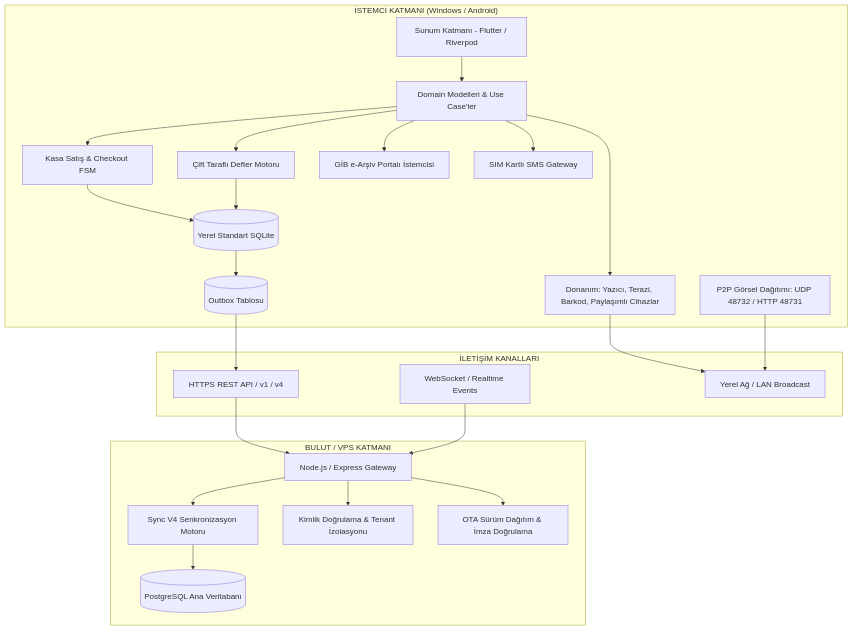
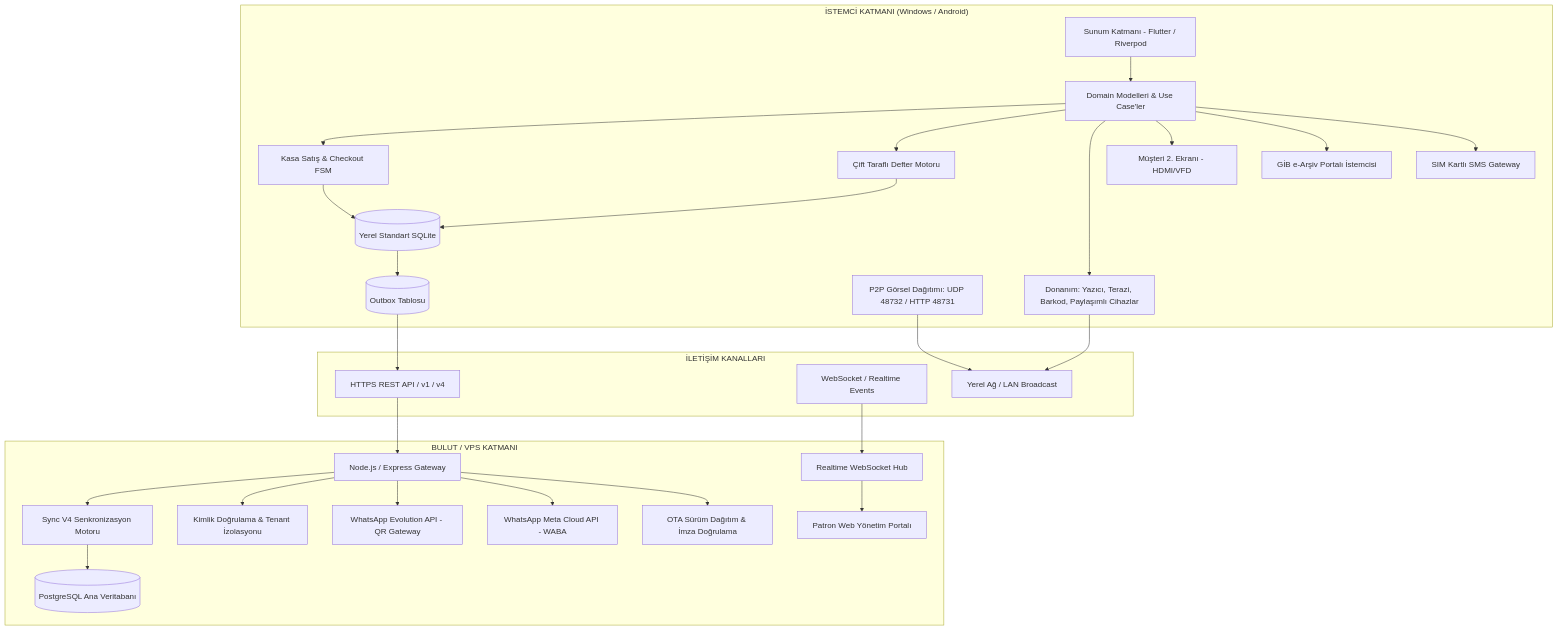
The first of 11 diagrams in docs/SERENUT_OS_MASTER_OPERATING_MANUAL.md (mhmtgwn/serenut), drawn with Mermaid before and after one commit. The commit also changed other lines of this file, not shown here.

Commit message:
docs: release master operating manual v3.0 with complete WhatsApp, Web Portal, Customer Display and 12 troubleshooting runbooks

````diff
--- a/docs/SERENUT_OS_MASTER_OPERATING_MANUAL.md
+++ b/docs/SERENUT_OS_MASTER_OPERATING_MANUAL.md
@@ -32,48 +36,57 @@
 ```mermaid
 graph TD
     subgraph "İSTEMCİ KATMANI (Windows / Android)"
         UI[Sunum Katmanı - Flutter / Riverpod]
         Domain[Domain Modelleri & Use Case'ler]
         SalesEngine[Kasa Satış & Checkout FSM]
         Ledger[Çift Taraflı Defter Motoru]
         HW[Donanım: Yazıcı, Terazi, Barkod, Paylaşımlı Cihazlar]
         P2P[P2P Görsel Dağıtımı: UDP 48732 / HTTP 48731]
+        CustDisp[Müşteri 2. Ekranı - HDMI/VFD]
         GIB[GİB e-Arşiv Portalı İstemcisi]
         SMS[SIM Kartlı SMS Gateway]
         SQLite[(Yerel Standart SQLite)]
         Outbox[(Outbox Tablosu)]
     end
 
     subgraph "İLETİŞİM KANALLARI"
         HTTPS[HTTPS REST API / v1 / v4]
         WSS[WebSocket / Realtime Events]
         LAN[Yerel Ağ / LAN Broadcast]
     end
 
     subgraph "BULUT / VPS KATMANI"
         Gateway[Node.js / Express Gateway]
         SyncV4[Sync V4 Senkronizasyon Motoru]
         AuthSvc[Kimlik Doğrulama & Tenant İzolasyonu]
+        WAPIEvo[WhatsApp Evolution API - QR Gateway]
+        WAPIMeta[WhatsApp Meta Cloud API - WABA]
+        Realtime[Realtime WebSocket Hub]
+        WebPortal[Patron Web Yönetim Portalı]
         OTA[OTA Sürüm Dağıtım & İmza Doğrulama]
         Postgres[(PostgreSQL Ana Veritabanı)]
     end
 
     UI --> Domain
     Domain --> SalesEngine
     Domain --> Ledger
     Domain --> HW
+    Domain --> CustDisp
     Domain --> GIB
     Domain --> SMS
     HW --> LAN
     P2P --> LAN
     SalesEngine --> SQLite
     Ledger --> SQLite
     SQLite --> Outbox
     Outbox --> HTTPS
     HTTPS --> Gateway
-    WSS --> Gateway
+    WSS --> Realtime
+    Realtime --> WebPortal
     Gateway --> SyncV4
     Gateway --> AuthSvc
+    Gateway --> WAPIEvo
+    Gateway --> WAPIMeta
     Gateway --> OTA
     SyncV4 --> Postgres
 ```
````
